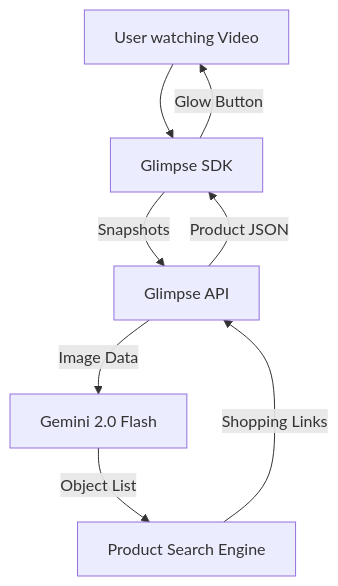
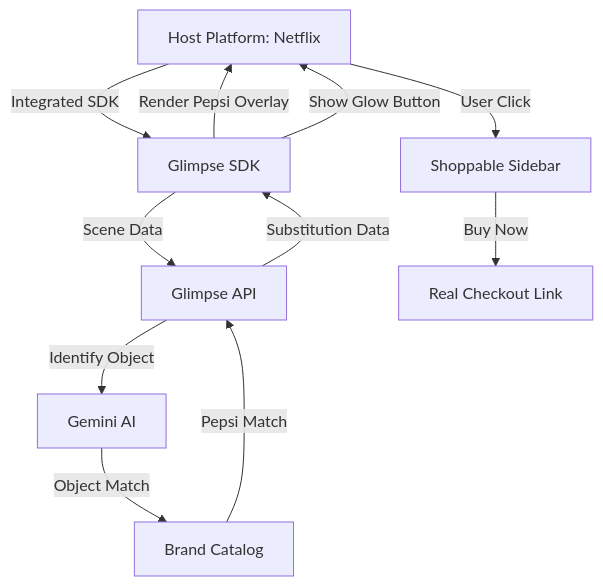
The diagram in docs/technical_architecture.md (farhanmir/Glimpse), drawn with Mermaid before and after one commit. The commit also changed other lines of this file and 5 other files, not shown here.

Commit message:
docs: Pivot to B2B SDK model and AI Product Substitution

````diff
--- a/docs/technical_architecture.md
+++ b/docs/technical_architecture.md
@@ -48,10 +43,13 @@
 ```mermaid
 graph TD
-    A[User watching Video] --> B[Glimpse SDK]
-    B -->|Snapshots| C[Glimpse API]
-    C -->|Image Data| D[Gemini 2.0 Flash]
-    D -->|Object List| E[Product Search Engine]
-    E -->|Shopping Links| C
-    C -->|Product JSON| B
-    B -->|Glow Button| A
+    A[Host Platform: Netflix] -->|Integrated SDK| B[Glimpse SDK]
+    B -->|Scene Data| C[Glimpse API]
+    C -->|Identify Object| D[Gemini AI]
+    D -->|Object Match| E[Brand Catalog]
+    E -->|Pepsi Match| C
+    C -->|Substitution Data| B
+    B -->|Render Pepsi Overlay| A
+    B -->|Show Glow Button| A
+    A -->|User Click| F[Shoppable Sidebar]
+    F -->|Buy Now| G[Real Checkout Link]
 ```
````
